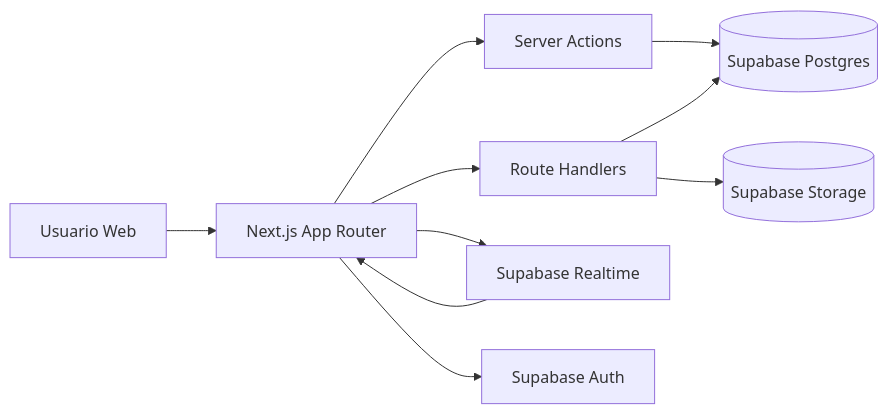
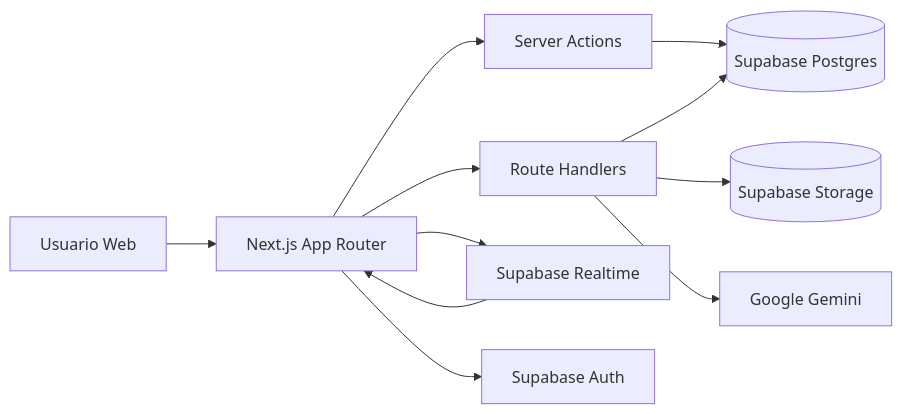
Before and after one commit to MrBinary15/AphelliumPlatform-Portfolio: the first of 2 diagrams in README.md, drawn with Mermaid. The commit also changed other lines of this file and 46 other files, not shown here.

````diff
--- a/README.md
+++ b/README.md
@@ -88,12 +140,13 @@
 ```mermaid
 flowchart LR
-		U[Usuario Web] --> N[Next.js App Router]
-		N --> SA[Server Actions]
-		N --> API[Route Handlers]
-		SA --> SDB[(Supabase Postgres)]
-		API --> SDB
-		API --> SST[(Supabase Storage)]
-		N --> SR[Supabase Realtime]
-		SR --> N
-		N --> AUTH[Supabase Auth]
+    U[Usuario Web] --> N[Next.js App Router]
+    N --> SA[Server Actions]
+    N --> API[Route Handlers]
+    SA --> SDB[(Supabase Postgres)]
+    API --> SDB
+    API --> SST[(Supabase Storage)]
+    N --> SR[Supabase Realtime]
+    SR --> N
+    N --> AUTH[Supabase Auth]
+    API --> AI[Google Gemini]
 ```
````
